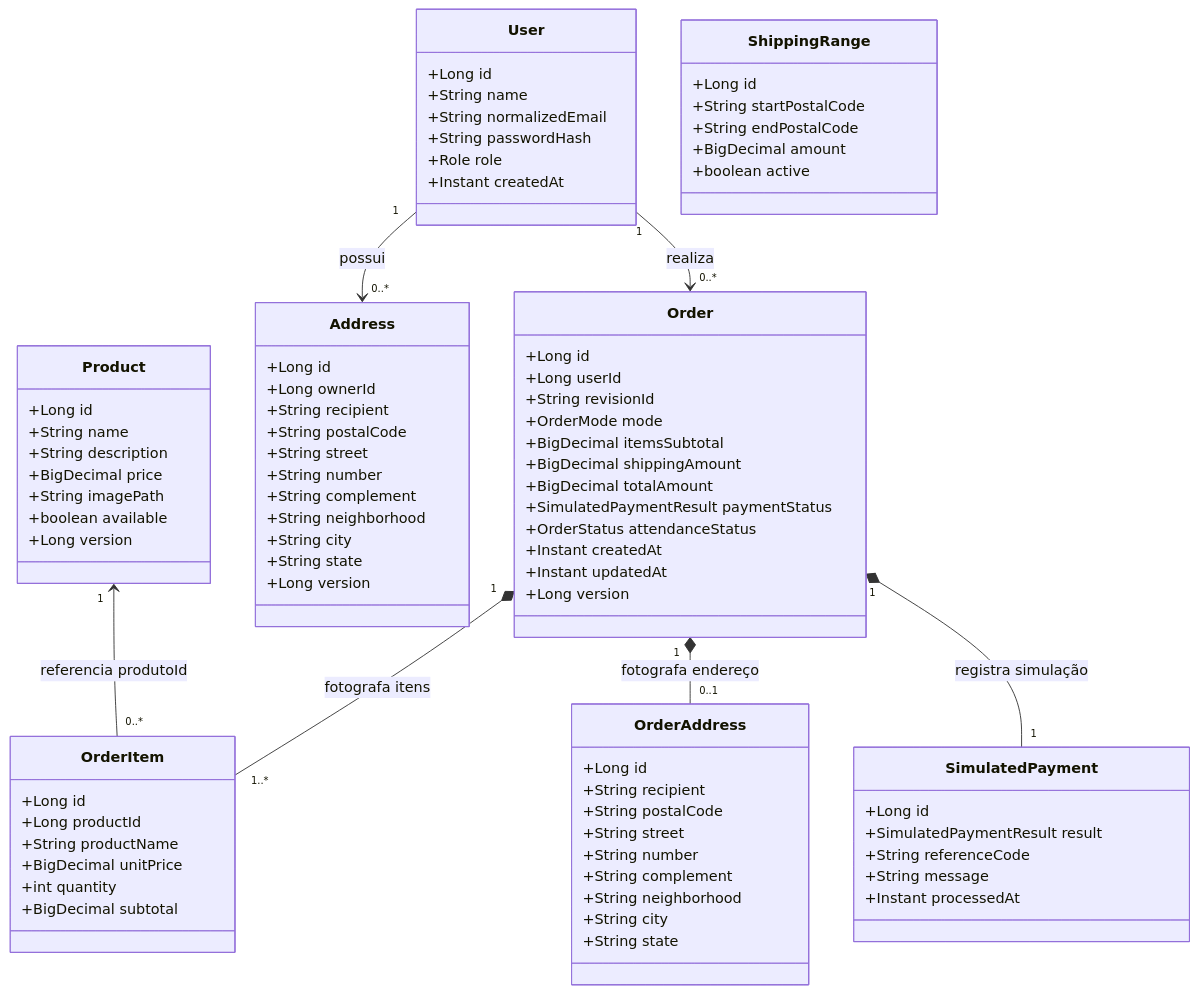
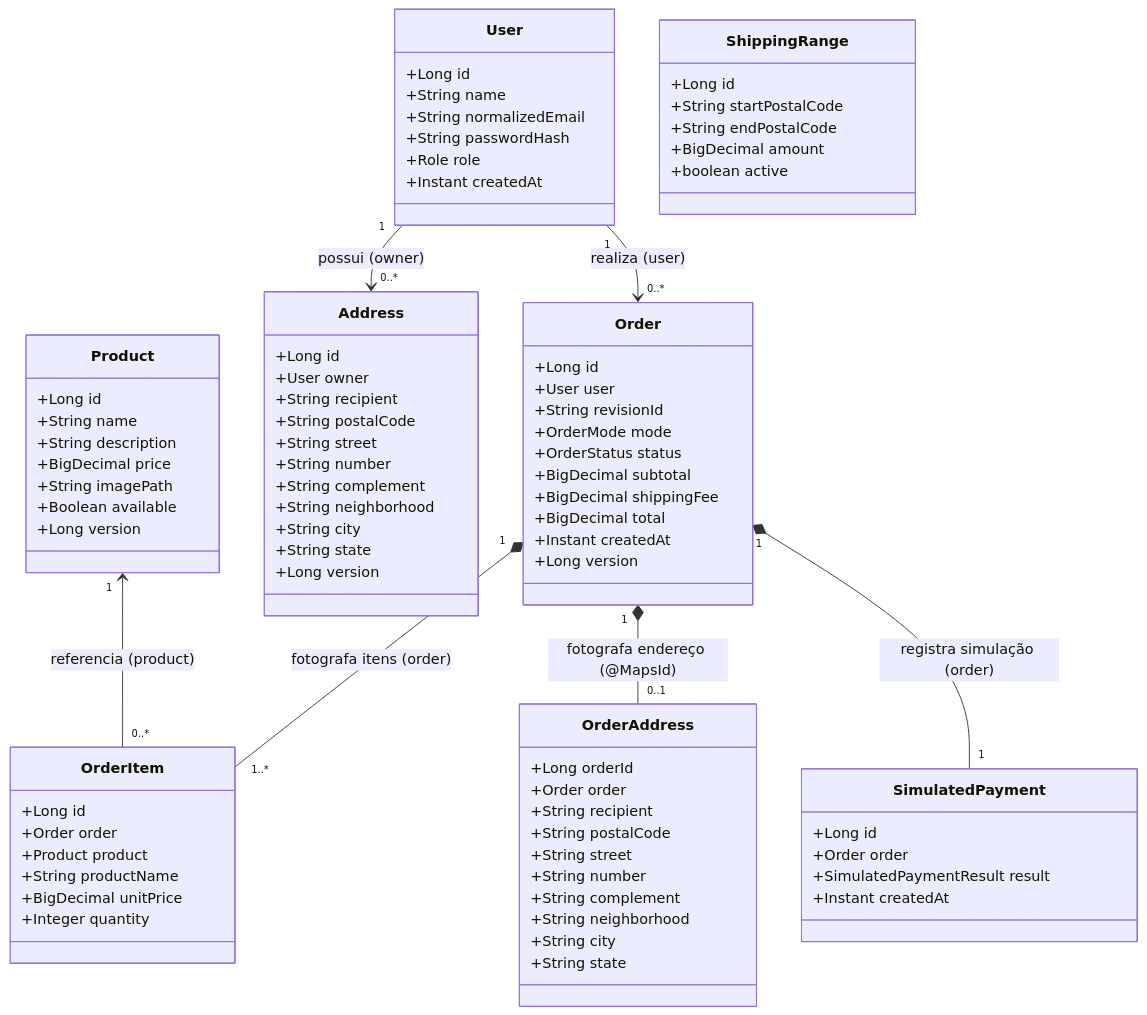
Before and after one commit to Lucas-Ribeiro-dev/pit-cupcakes: the second of 4 diagrams in docs/modelagem/diagramas-uml.md, drawn with Mermaid. The commit also changed other lines of this file and 162 other files, not shown here.

````diff
--- a/docs/modelagem/diagramas-uml.md
+++ b/docs/modelagem/diagramas-uml.md
@@ -56,13 +56,13 @@
         +String description
         +BigDecimal price
         +String imagePath
-        +boolean available
+        +Boolean available
         +Long version
     }
 
     class Address {
         +Long id
-        +Long ownerId
+        +User owner
         +String recipient
         +String postalCode
         +String street
@@ -84,30 +84,29 @@
 
     class Order {
         +Long id
-        +Long userId
+        +User user
         +String revisionId
         +OrderMode mode
-        +BigDecimal itemsSubtotal
-        +BigDecimal shippingAmount
-        +BigDecimal totalAmount
-        +SimulatedPaymentResult paymentStatus
-        +OrderStatus attendanceStatus
+        +OrderStatus status
+        +BigDecimal subtotal
+        +BigDecimal shippingFee
+        +BigDecimal total
         +Instant createdAt
-        +Instant updatedAt
         +Long version
     }
 
     class OrderItem {
         +Long id
-        +Long productId
+        +Order order
+        +Product product
         +String productName
         +BigDecimal unitPrice
-        +int quantity
-        +BigDecimal subtotal
+        +Integer quantity
     }
 
     class OrderAddress {
-        +Long id
+        +Long orderId
+        +Order order
         +String recipient
         +String postalCode
         +String street
@@ -120,16 +119,15 @@
 
     class SimulatedPayment {
         +Long id
+        +Order order
         +SimulatedPaymentResult result
-        +String referenceCode
-        +String message
-        +Instant processedAt
+        +Instant createdAt
     }
 
-    User "1" --> "0..*" Address : possui
-    User "1" --> "0..*" Order : realiza
-    Order "1" *-- "1..*" OrderItem : fotografa itens
-    Order "1" *-- "0..1" OrderAddress : fotografa endereço
-    Order "1" *-- "1" SimulatedPayment : registra simulação
-    Product "1" <-- "0..*" OrderItem : referencia produtoId
+    User "1" --> "0..*" Address : possui (owner)
+    User "1" --> "0..*" Order : realiza (user)
+    Order "1" *-- "1..*" OrderItem : fotografa itens (order)
+    Order "1" *-- "0..1" OrderAddress : fotografa endereço (@MapsId)
+    Order "1" *-- "1" SimulatedPayment : registra simulação (order)
+    Product "1" <-- "0..*" OrderItem : referencia (product)
 ```
````
